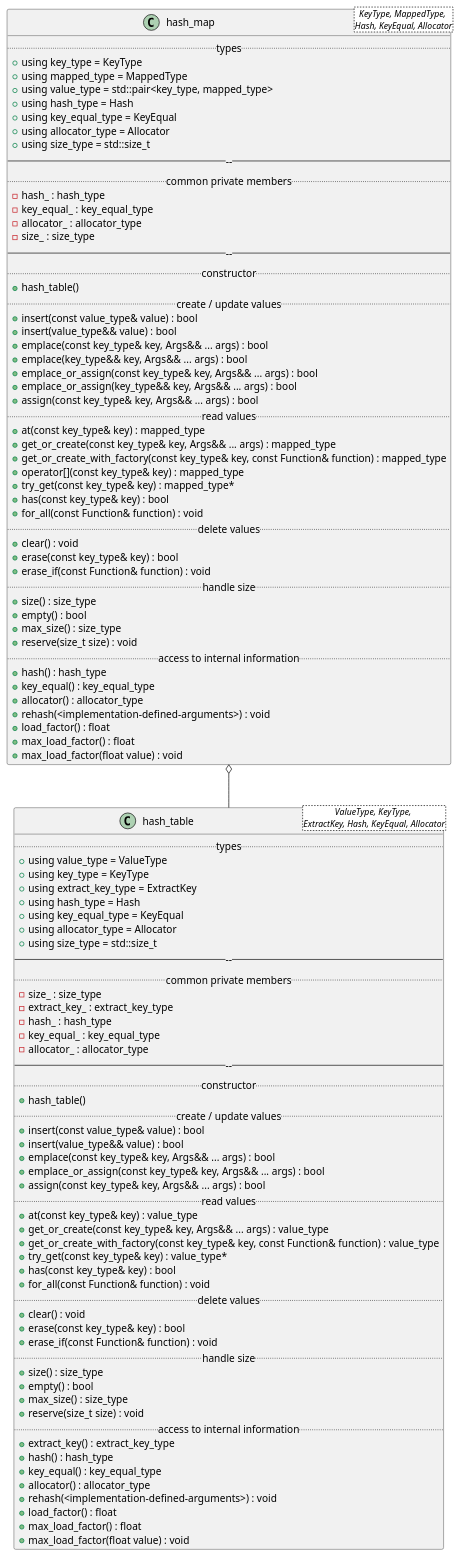
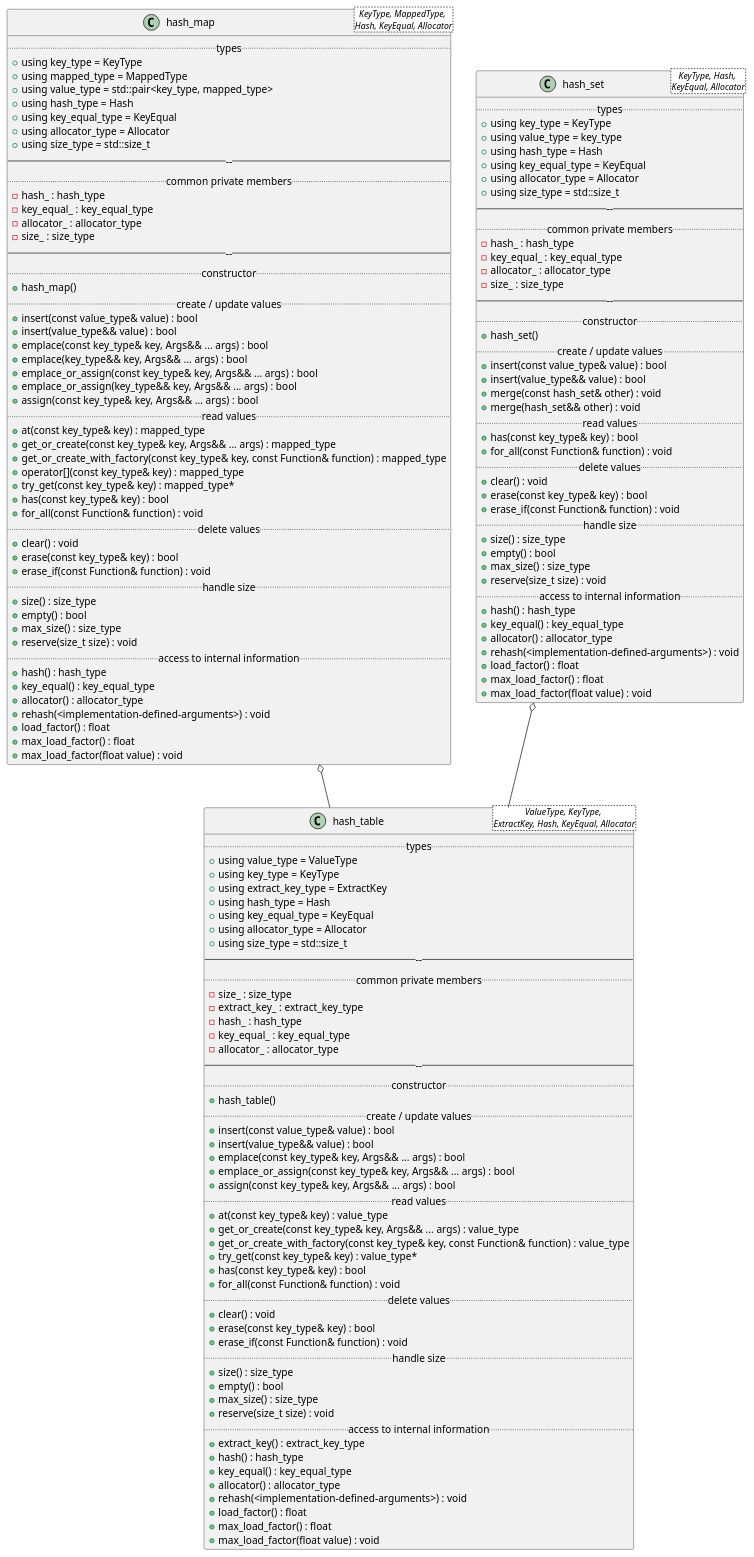
Before and after one commit to MusicScience37/cpp-hash-tables: the diagram in doc/sphinx/src/design/class_diagrams/full_hash_table.puml, drawn with PlantUML.

Commit message:
:books: Design of set.

```diff
--- a/doc/sphinx/src/design/class_diagrams/full_hash_table.puml
+++ b/doc/sphinx/src/design/class_diagrams/full_hash_table.puml
@@ -1,109 +1,154 @@
 @startuml FullHashTable
 
 class hash_table<ValueType, KeyType, \nExtractKey, Hash, KeyEqual, Allocator> {
     .. types ..
     + using value_type = ValueType
     + using key_type = KeyType
     + using extract_key_type = ExtractKey
     + using hash_type = Hash
     + using key_equal_type = KeyEqual
     + using allocator_type = Allocator
     + using size_type = std::size_t
     ------
     .. common private members ..
     - size_ : size_type
     - extract_key_ : extract_key_type
     - hash_ : hash_type
     - key_equal_ : key_equal_type
     - allocator_ : allocator_type
     ------
     .. constructor ..
     + hash_table()
     .. create / update values ..
     + insert(const value_type& value) : bool
     + insert(value_type&& value) : bool
     + emplace(const key_type& key, Args&& ... args) : bool
     + emplace_or_assign(const key_type& key, Args&& ... args) : bool
     + assign(const key_type& key, Args&& ... args) : bool
     .. read values ..
     + at(const key_type& key) : value_type
     + get_or_create(const key_type& key, Args&& ... args) : value_type
     + get_or_create_with_factory(const key_type& key, const Function& function) : value_type
     + try_get(const key_type& key) : value_type*
     + has(const key_type& key) : bool
     + for_all(const Function& function) : void
     .. delete values ..
     + clear() : void
     + erase(const key_type& key) : bool
     + erase_if(const Function& function) : void
     .. handle size ..
     + size() : size_type
     + empty() : bool
     + max_size() : size_type
     + reserve(size_t size) : void
     .. access to internal information ..
     + extract_key() : extract_key_type
     + hash() : hash_type
     + key_equal() : key_equal_type
     + allocator() : allocator_type
     + rehash(<implementation-defined-arguments>) : void
     + load_factor() : float
     + max_load_factor() : float
     + max_load_factor(float value) : void
 }
 
 class hash_map<KeyType, MappedType, \nHash, KeyEqual, Allocator> {
     .. types ..
     + using key_type = KeyType
     + using mapped_type = MappedType
     + using value_type = std::pair<key_type, mapped_type>
     + using hash_type = Hash
     + using key_equal_type = KeyEqual
     + using allocator_type = Allocator
     + using size_type = std::size_t
     ------
     .. common private members ..
     - hash_ : hash_type
     - key_equal_ : key_equal_type
     - allocator_ : allocator_type
     - size_ : size_type
     ------
     .. constructor ..
-    + hash_table()
+    + hash_map()
     .. create / update values ..
     + insert(const value_type& value) : bool
     + insert(value_type&& value) : bool
     + emplace(const key_type& key, Args&& ... args) : bool
     + emplace(key_type&& key, Args&& ... args) : bool
     + emplace_or_assign(const key_type& key, Args&& ... args) : bool
     + emplace_or_assign(key_type&& key, Args&& ... args) : bool
     + assign(const key_type& key, Args&& ... args) : bool
     .. read values ..
     + at(const key_type& key) : mapped_type
     + get_or_create(const key_type& key, Args&& ... args) : mapped_type
     + get_or_create_with_factory(const key_type& key, const Function& function) : mapped_type
     + operator[](const key_type& key) : mapped_type
     + try_get(const key_type& key) : mapped_type*
     + has(const key_type& key) : bool
     + for_all(const Function& function) : void
     .. delete values ..
     + clear() : void
     + erase(const key_type& key) : bool
     + erase_if(const Function& function) : void
     .. handle size ..
     + size() : size_type
     + empty() : bool
     + max_size() : size_type
     + reserve(size_t size) : void
     .. access to internal information ..
     + hash() : hash_type
     + key_equal() : key_equal_type
     + allocator() : allocator_type
     + rehash(<implementation-defined-arguments>) : void
     + load_factor() : float
     + max_load_factor() : float
     + max_load_factor(float value) : void
 }
 hash_map o-- hash_table
 
+class hash_set<KeyType, Hash, \nKeyEqual, Allocator> {
+    .. types ..
+    + using key_type = KeyType
+    + using value_type = key_type
+    + using hash_type = Hash
+    + using key_equal_type = KeyEqual
+    + using allocator_type = Allocator
+    + using size_type = std::size_t
+    ------
+    .. common private members ..
+    - hash_ : hash_type
+    - key_equal_ : key_equal_type
+    - allocator_ : allocator_type
+    - size_ : size_type
+    ------
+    .. constructor ..
+    + hash_set()
+    .. create / update values ..
+    + insert(const value_type& value) : bool
+    + insert(value_type&& value) : bool
+    + merge(const hash_set& other) : void
+    + merge(hash_set&& other) : void
+    .. read values ..
+    + has(const key_type& key) : bool
+    + for_all(const Function& function) : void
+    .. delete values ..
+    + clear() : void
+    + erase(const key_type& key) : bool
+    + erase_if(const Function& function) : void
+    .. handle size ..
+    + size() : size_type
+    + empty() : bool
+    + max_size() : size_type
+    + reserve(size_t size) : void
+    .. access to internal information ..
+    + hash() : hash_type
+    + key_equal() : key_equal_type
+    + allocator() : allocator_type
+    + rehash(<implementation-defined-arguments>) : void
+    + load_factor() : float
+    + max_load_factor() : float
+    + max_load_factor(float value) : void
+}
+hash_set o-- hash_table
+
 @enduml
```
